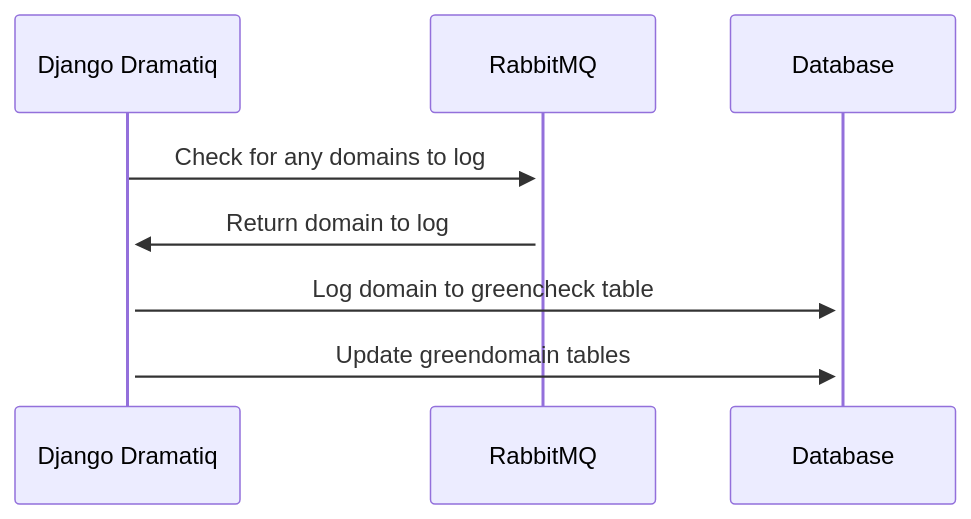
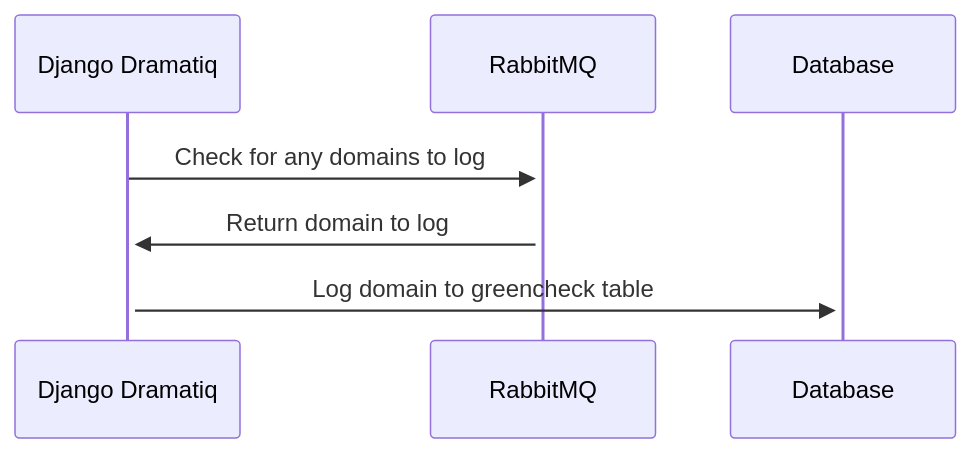
The second of 3 diagrams in docs/understanding-the flow-of-a-greencheck.md (thegreenwebfoundation/admin-portal), drawn with Mermaid before and after one commit. The commit also changed other lines of this file and 4 other files, not shown here.

````diff
--- a/docs/understanding-the flow-of-a-greencheck.md
+++ b/docs/understanding-the flow-of-a-greencheck.md
@@ -39,8 +31,7 @@
 ```{mermaid}
 sequenceDiagram
 
     Django Dramatiq->>+RabbitMQ: Check for any domains to log
     RabbitMQ->>+Django Dramatiq: Return domain to log
     Django Dramatiq->>+Database: Log domain to greencheck table
-    Django Dramatiq->>+Database: Update greendomain tables
 ```
````
